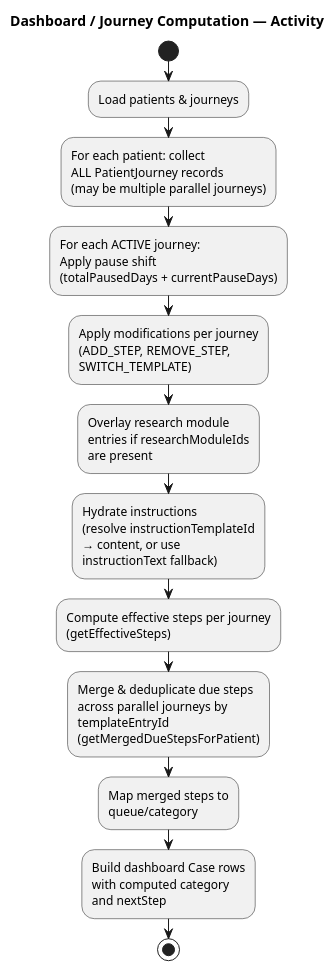
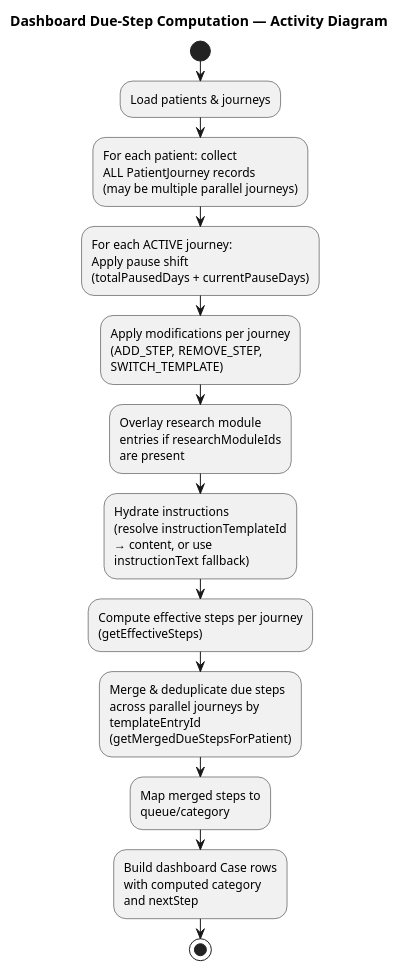
The diagram in docs/diagrams/dashboard-journey-computation.puml (gforge/DUK), drawn with PlantUML before and after one commit. The commit also changed 38 other files, not shown here.

```diff
--- a/docs/diagrams/dashboard-journey-computation.puml
+++ b/docs/diagrams/dashboard-journey-computation.puml
@@ -1,35 +1,35 @@
 @startuml
-title Dashboard / Journey Computation — Activity
+title Dashboard Due-Step Computation — Activity Diagram
 
 start
 :Load patients & journeys;
 :For each patient: collect
 ALL PatientJourney records
 (may be multiple parallel journeys);
 :For each ACTIVE journey:
 Apply pause shift
 (totalPausedDays + currentPauseDays);
 :Apply modifications per journey
 (ADD_STEP, REMOVE_STEP,
 SWITCH_TEMPLATE);
 :Overlay research module
 entries if researchModuleIds
 are present;
 :Hydrate instructions
 (resolve instructionTemplateId
 → content, or use
 instructionText fallback);
 :Compute effective steps per journey
 (getEffectiveSteps);
 :Merge & deduplicate due steps
 across parallel journeys by
 templateEntryId
 (getMergedDueStepsForPatient);
 :Map merged steps to
 queue/category;
 :Build dashboard Case rows
 with computed category
 and nextStep;
 stop
 
 @enduml
```
